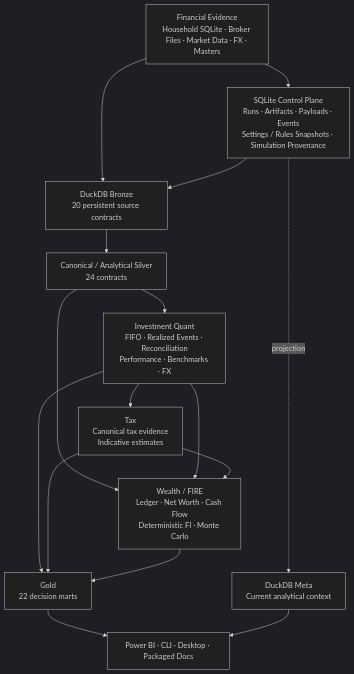
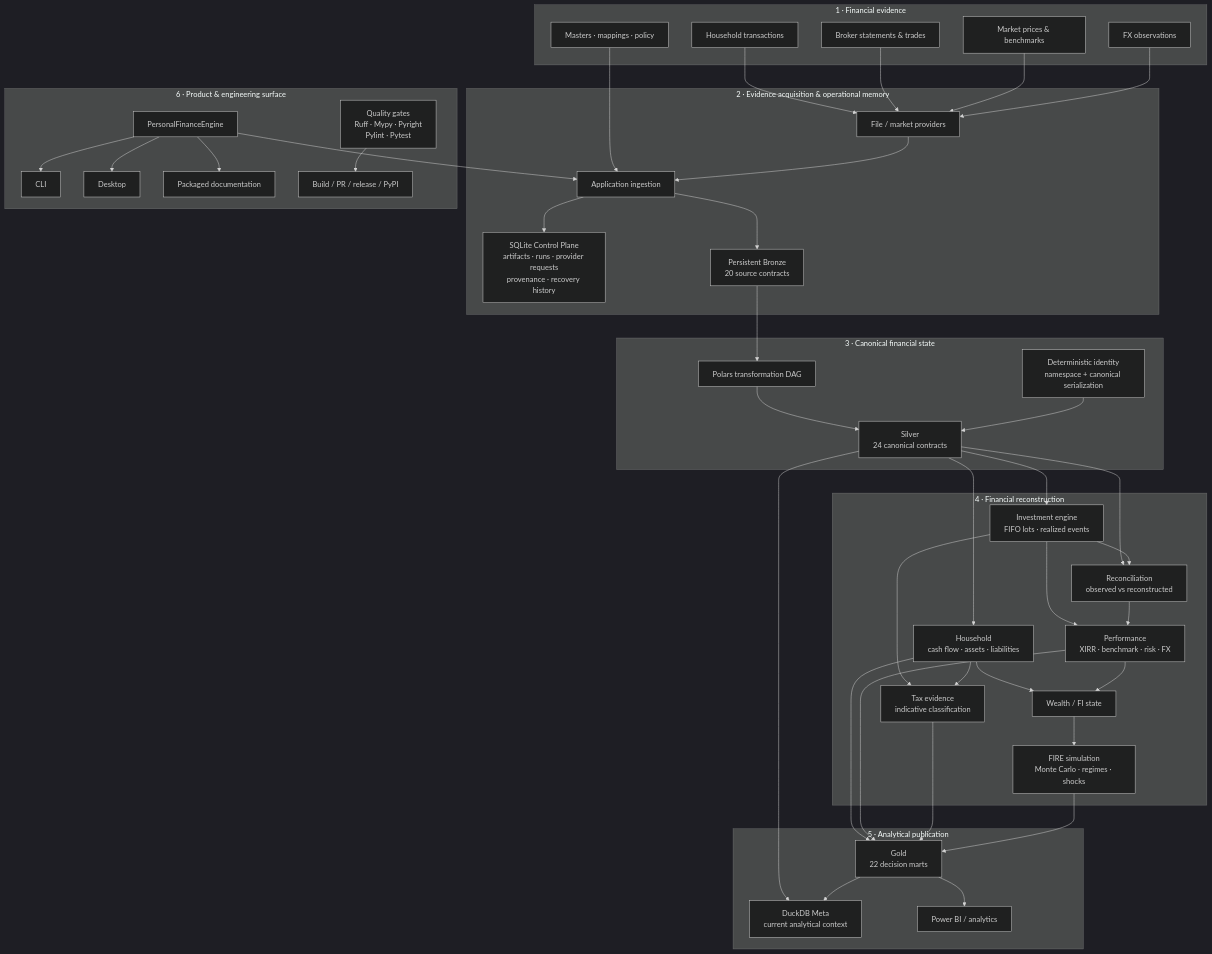
Before and after one commit to tks18/personal-finance-etl: the diagram in README.md, drawn with Mermaid (dark theme). The commit also changed other lines of this file, not shown here.

````diff
--- a/README.md
+++ b/README.md
@@ -220,29 +61,83 @@
 ```mermaid
 flowchart TB
-    SRC["Financial Evidence<br/>Household SQLite · Broker Files · Market Data · FX · Masters"]
-    CP["SQLite Control Plane<br/>Runs · Artifacts · Payloads · Events<br/>Settings / Rules Snapshots · Simulation Provenance"]
-    BR["DuckDB Bronze<br/>20 persistent source contracts"]
-    SIL["Canonical / Analytical Silver<br/>24 contracts"]
-    Q["Investment Quant<br/>FIFO · Realized Events · Reconciliation<br/>Performance · Benchmarks · FX"]
-    TAX["Tax<br/>Canonical tax evidence<br/>Indicative estimates"]
-    W["Wealth / FIRE<br/>Ledger · Net Worth · Cash Flow<br/>Deterministic FI · Monte Carlo"]
-    GOLD["Gold<br/>22 decision marts"]
-    META["DuckDB Meta<br/>Current analytical context"]
-    UX["Power BI · CLI · Desktop · Packaged Docs"]
+    subgraph EVIDENCE["1 · Financial evidence"]
+        HH["Household transactions"]
+        BRK["Broker statements & trades"]
+        MKT["Market prices & benchmarks"]
+        FX["FX observations"]
+        REF["Masters · mappings · policy"]
+    end
 
-    SRC --> CP
-    SRC --> BR
-    CP --> BR
-    BR --> SIL
-    SIL --> Q
-    Q --> TAX
-    SIL --> W
-    Q --> W
-    TAX --> W
-    Q --> GOLD
+    subgraph INGEST["2 · Evidence acquisition & operational memory"]
+        PROV["File / market providers"]
+        APPING["Application ingestion"]
+        CP["SQLite Control Plane\nartifacts · runs · provider requests\nprovenance · recovery history"]
+        BRONZE["Persistent Bronze\n20 source contracts"]
+    end
+
+    subgraph CANON["3 · Canonical financial state"]
+        DAG["Polars transformation DAG"]
+        SILVER["Silver\n24 canonical contracts"]
+        ID["Deterministic identity\nnamespace + canonical serialization"]
+    end
+
+    subgraph DOMAIN["4 · Financial reconstruction"]
+        HHDOM["Household\ncash flow · assets · liabilities"]
+        LOTS["Investment engine\nFIFO lots · realized events"]
+        RECON["Reconciliation\nobserved vs reconstructed"]
+        PERF["Performance\nXIRR · benchmark · risk · FX"]
+        TAX["Tax evidence\nindicative classification"]
+        WEALTH["Wealth / FI state"]
+        FIRE["FIRE simulation\nMonte Carlo · regimes · shocks"]
+    end
+
+    subgraph PUBLISH["5 · Analytical publication"]
+        GOLD["Gold\n22 decision marts"]
+        META["DuckDB Meta\ncurrent analytical context"]
+        BI["Power BI / analytics"]
+    end
+
+    subgraph PRODUCT["6 · Product & engineering surface"]
+        FACADE["PersonalFinanceEngine"]
+        CLI["CLI"]
+        DESK["Desktop"]
+        DOCS["Packaged documentation"]
+        QA["Quality gates\nRuff · Mypy · Pyright\nPylint · Pytest"]
+        REL["Build / PR / release / PyPI"]
+    end
+
+    HH --> PROV
+    BRK --> PROV
+    MKT --> PROV
+    FX --> PROV
+    REF --> APPING
+    PROV --> APPING
+    APPING --> CP
+    APPING --> BRONZE
+    BRONZE --> DAG
+    DAG --> SILVER
+    ID --> SILVER
+    SILVER --> HHDOM
+    SILVER --> LOTS
+    SILVER --> RECON
+    LOTS --> RECON
+    LOTS --> PERF
+    RECON --> PERF
+    LOTS --> TAX
+    HHDOM --> TAX
+    HHDOM --> WEALTH
+    PERF --> WEALTH
+    WEALTH --> FIRE
+    HHDOM --> GOLD
+    PERF --> GOLD
     TAX --> GOLD
-    W --> GOLD
-    CP -. projection .-> META
-    GOLD --> UX
-    META --> UX
+    FIRE --> GOLD
+    GOLD --> BI
+    SILVER --> META
+    GOLD --> META
+    FACADE --> APPING
+    FACADE --> CLI
+    FACADE --> DESK
+    FACADE --> DOCS
+    QA --> REL
 ```
````
